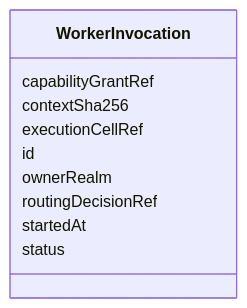
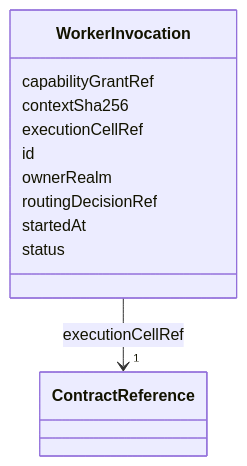
Before and after one commit to open4good/jumo-core: the diagram in metamodel/generated/docs/WorkerInvocation.md, drawn with Mermaid. The commit also changed other lines of this file and 33 other files, not shown here.

````diff
--- a/metamodel/generated/docs/WorkerInvocation.md
+++ b/metamodel/generated/docs/WorkerInvocation.md
@@ -23,22 +23,31 @@
 ```mermaid
  classDiagram
     class WorkerInvocation
     click WorkerInvocation href "../WorkerInvocation/"
       WorkerInvocation : capabilityGrantRef
 
       WorkerInvocation : contextSha256
 
       WorkerInvocation : executionCellRef
+
+
+
+
+
+        WorkerInvocation --> "1" ContractReference : executionCellRef
+        click ContractReference href "../ContractReference/"
+
+
 
       WorkerInvocation : id
 
       WorkerInvocation : ownerRealm
 
       WorkerInvocation : routingDecisionRef
 
       WorkerInvocation : startedAt
 
       WorkerInvocation : status
 
 
 ```
````
